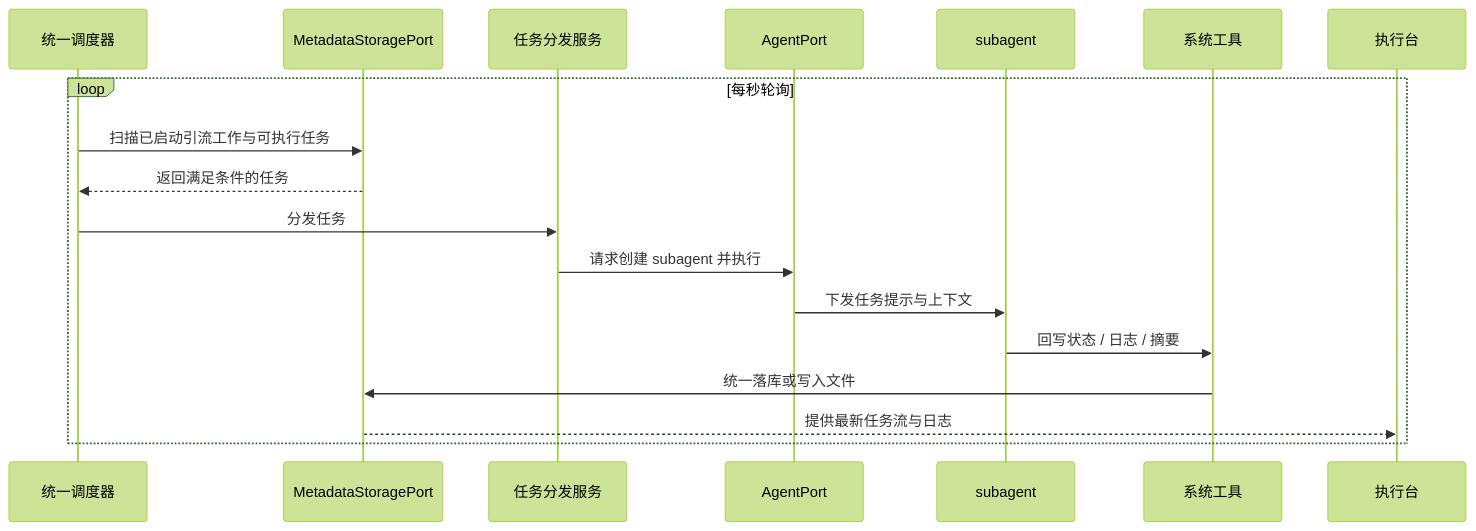
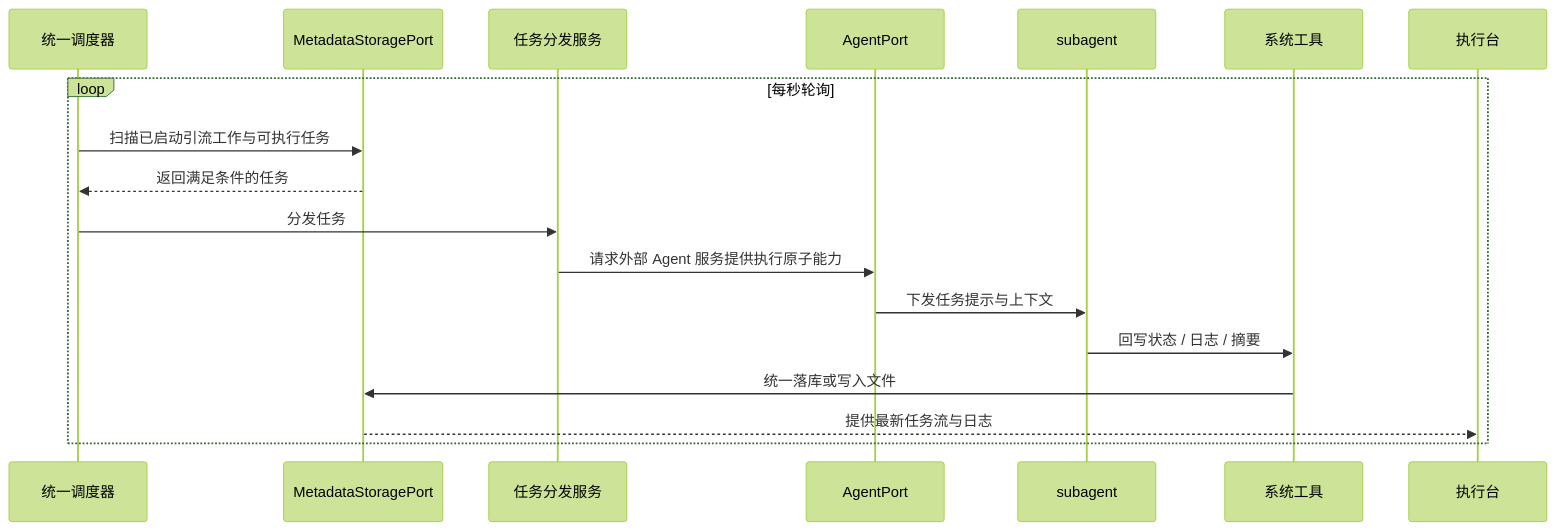
Before and after one commit to Time-Machine-Lab/CyberNomads: the fifth of 7 diagrams in docs/design/Cybernomads架构设计文档.md, drawn with Mermaid (forest theme). The commit also changed other lines of this file and 1 other file, not shown here.

First line of the commit message:
Refine Cybernomads design documents and introduce Agent service domain

````diff
--- a/docs/design/Cybernomads架构设计文档.md
+++ b/docs/design/Cybernomads架构设计文档.md
@@ -222,21 +225,21 @@
 ```mermaid
 sequenceDiagram
     participant Scheduler as 统一调度器
     participant MS as MetadataStoragePort
     participant Dispatcher as 任务分发服务
     participant AP as AgentPort
     participant SA as subagent
     participant Tools as 系统工具
     participant UI as 执行台
 
     loop 每秒轮询
         Scheduler->>MS: 扫描已启动引流工作与可执行任务
         MS-->>Scheduler: 返回满足条件的任务
         Scheduler->>Dispatcher: 分发任务
-        Dispatcher->>AP: 请求创建 subagent 并执行
+        Dispatcher->>AP: 请求外部 Agent 服务提供执行原子能力
         AP->>SA: 下发任务提示与上下文
         SA->>Tools: 回写状态 / 日志 / 摘要
         Tools->>MS: 统一落库或写入文件
         MS-->>UI: 提供最新任务流与日志
     end
 ```
````
